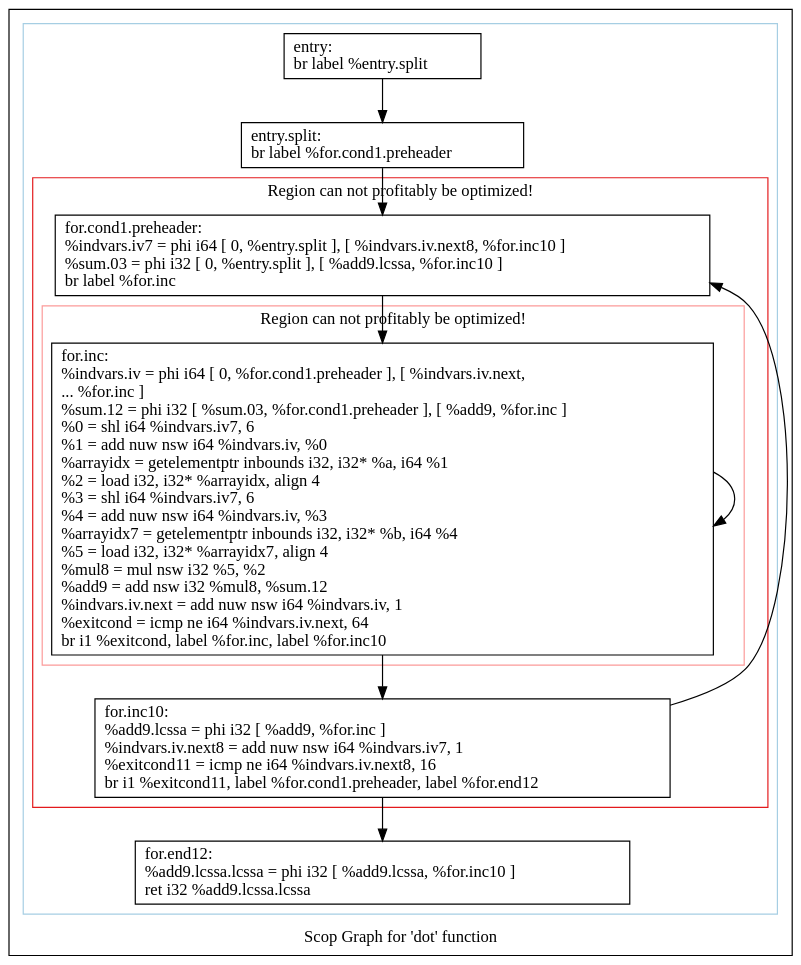
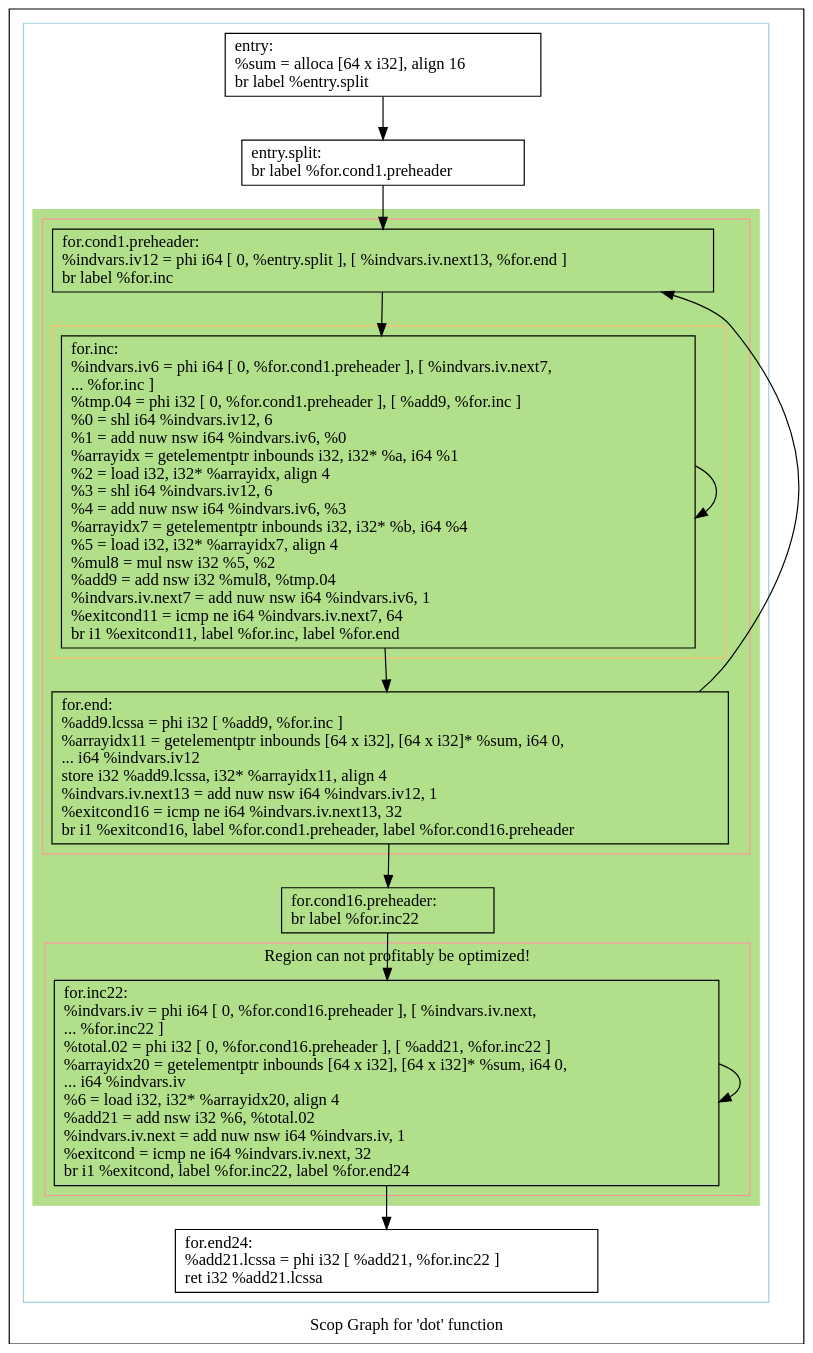
Before and after one commit to samminweng/WhileyOpenCL: the diagram in polly/MatrixMult/impl/handwritten3/dot/scops.dot.dot, drawn with Graphviz. The commit also changed 20 other files, not shown here.

```diff
--- a/polly/MatrixMult/impl/handwritten3/dot/scops.dot.dot
+++ b/polly/MatrixMult/impl/handwritten3/dot/scops.dot.dot
@@ -1,39 +1,55 @@
 digraph "Scop Graph for 'dot' function" {
 	label="Scop Graph for 'dot' function";
 
-	Node0x63d7820 [shape=record,label="{entry:\l  br label %entry.split\l}"];
-	Node0x63d7820 -> Node0x63b4340;
-	Node0x63b4340 [shape=record,label="{entry.split:                                      \l  br label %for.cond1.preheader\l}"];
-	Node0x63b4340 -> Node0x63dac90;
-	Node0x63dac90 [shape=record,label="{for.cond1.preheader:                              \l  %indvars.iv7 = phi i64 [ 0, %entry.split ], [ %indvars.iv.next8, %for.inc10 ]\l  %sum.03 = phi i32 [ 0, %entry.split ], [ %add9.lcssa, %for.inc10 ]\l  br label %for.inc\l}"];
-	Node0x63dac90 -> Node0x63d7840;
-	Node0x63d7840 [shape=record,label="{for.inc:                                          \l  %indvars.iv = phi i64 [ 0, %for.cond1.preheader ], [ %indvars.iv.next,\l... %for.inc ]\l  %sum.12 = phi i32 [ %sum.03, %for.cond1.preheader ], [ %add9, %for.inc ]\l  %0 = shl i64 %indvars.iv7, 6\l  %1 = add nuw nsw i64 %indvars.iv, %0\l  %arrayidx = getelementptr inbounds i32, i32* %a, i64 %1\l  %2 = load i32, i32* %arrayidx, align 4\l  %3 = shl i64 %indvars.iv7, 6\l  %4 = add nuw nsw i64 %indvars.iv, %3\l  %arrayidx7 = getelementptr inbounds i32, i32* %b, i64 %4\l  %5 = load i32, i32* %arrayidx7, align 4\l  %mul8 = mul nsw i32 %5, %2\l  %add9 = add nsw i32 %mul8, %sum.12\l  %indvars.iv.next = add nuw nsw i64 %indvars.iv, 1\l  %exitcond = icmp ne i64 %indvars.iv.next, 64\l  br i1 %exitcond, label %for.inc, label %for.inc10\l}"];
-	Node0x63d7840 -> Node0x63d7840[constraint=false];
-	Node0x63d7840 -> Node0x63d77d0;
-	Node0x63d77d0 [shape=record,label="{for.inc10:                                        \l  %add9.lcssa = phi i32 [ %add9, %for.inc ]\l  %indvars.iv.next8 = add nuw nsw i64 %indvars.iv7, 1\l  %exitcond11 = icmp ne i64 %indvars.iv.next8, 16\l  br i1 %exitcond11, label %for.cond1.preheader, label %for.end12\l}"];
-	Node0x63d77d0 -> Node0x63dac90[constraint=false];
-	Node0x63d77d0 -> Node0x63b4320;
-	Node0x63b4320 [shape=record,label="{for.end12:                                        \l  %add9.lcssa.lcssa = phi i32 [ %add9.lcssa, %for.inc10 ]\l  ret i32 %add9.lcssa.lcssa\l}"];
+	Node0x520f570 [shape=record,label="{entry:\l  %sum = alloca [64 x i32], align 16\l  br label %entry.split\l}"];
+	Node0x520f570 -> Node0x521f2a0;
+	Node0x521f2a0 [shape=record,label="{entry.split:                                      \l  br label %for.cond1.preheader\l}"];
+	Node0x521f2a0 -> Node0x520d7e0;
+	Node0x520d7e0 [shape=record,label="{for.cond1.preheader:                              \l  %indvars.iv12 = phi i64 [ 0, %entry.split ], [ %indvars.iv.next13, %for.end ]\l  br label %for.inc\l}"];
+	Node0x520d7e0 -> Node0x521cf10;
+	Node0x521cf10 [shape=record,label="{for.inc:                                          \l  %indvars.iv6 = phi i64 [ 0, %for.cond1.preheader ], [ %indvars.iv.next7,\l... %for.inc ]\l  %tmp.04 = phi i32 [ 0, %for.cond1.preheader ], [ %add9, %for.inc ]\l  %0 = shl i64 %indvars.iv12, 6\l  %1 = add nuw nsw i64 %indvars.iv6, %0\l  %arrayidx = getelementptr inbounds i32, i32* %a, i64 %1\l  %2 = load i32, i32* %arrayidx, align 4\l  %3 = shl i64 %indvars.iv12, 6\l  %4 = add nuw nsw i64 %indvars.iv6, %3\l  %arrayidx7 = getelementptr inbounds i32, i32* %b, i64 %4\l  %5 = load i32, i32* %arrayidx7, align 4\l  %mul8 = mul nsw i32 %5, %2\l  %add9 = add nsw i32 %mul8, %tmp.04\l  %indvars.iv.next7 = add nuw nsw i64 %indvars.iv6, 1\l  %exitcond11 = icmp ne i64 %indvars.iv.next7, 64\l  br i1 %exitcond11, label %for.inc, label %for.end\l}"];
+	Node0x521cf10 -> Node0x521cf10[constraint=false];
+	Node0x521cf10 -> Node0x521abc0;
+	Node0x521abc0 [shape=record,label="{for.end:                                          \l  %add9.lcssa = phi i32 [ %add9, %for.inc ]\l  %arrayidx11 = getelementptr inbounds [64 x i32], [64 x i32]* %sum, i64 0,\l... i64 %indvars.iv12\l  store i32 %add9.lcssa, i32* %arrayidx11, align 4\l  %indvars.iv.next13 = add nuw nsw i64 %indvars.iv12, 1\l  %exitcond16 = icmp ne i64 %indvars.iv.next13, 32\l  br i1 %exitcond16, label %for.cond1.preheader, label %for.cond16.preheader\l}"];
+	Node0x521abc0 -> Node0x520d7e0[constraint=false];
+	Node0x521abc0 -> Node0x521b550;
+	Node0x521b550 [shape=record,label="{for.cond16.preheader:                             \l  br label %for.inc22\l}"];
+	Node0x521b550 -> Node0x521b4f0;
+	Node0x521b4f0 [shape=record,label="{for.inc22:                                        \l  %indvars.iv = phi i64 [ 0, %for.cond16.preheader ], [ %indvars.iv.next,\l... %for.inc22 ]\l  %total.02 = phi i32 [ 0, %for.cond16.preheader ], [ %add21, %for.inc22 ]\l  %arrayidx20 = getelementptr inbounds [64 x i32], [64 x i32]* %sum, i64 0,\l... i64 %indvars.iv\l  %6 = load i32, i32* %arrayidx20, align 4\l  %add21 = add nsw i32 %6, %total.02\l  %indvars.iv.next = add nuw nsw i64 %indvars.iv, 1\l  %exitcond = icmp ne i64 %indvars.iv.next, 32\l  br i1 %exitcond, label %for.inc22, label %for.end24\l}"];
+	Node0x521b4f0 -> Node0x521b4f0[constraint=false];
+	Node0x521b4f0 -> Node0x521d0e0;
+	Node0x521d0e0 [shape=record,label="{for.end24:                                        \l  %add21.lcssa = phi i32 [ %add21, %for.inc22 ]\l  ret i32 %add21.lcssa\l}"];
 	colorscheme = "paired12"
-        subgraph cluster_0x63b3ec0 {
+        subgraph cluster_0x520d8a0 {
           label = "";
           style = solid;
           color = 1
-          subgraph cluster_0x63b3f40 {
-            label = "Region can not profitably be optimized!";
-            style = solid;
-            color = 6
-            subgraph cluster_0x63b4100 {
+          subgraph cluster_0x52219e0 {
+            label = "";
+            style = filled;
+            color = 3            subgraph cluster_0x521f360 {
+              label = "";
+              style = solid;
+              color = 5
+              subgraph cluster_0x520d920 {
+                label = "";
+                style = solid;
+                color = 7
+                Node0x521cf10;
+              }
+              Node0x520d7e0;
+              Node0x521abc0;
+            }
+            subgraph cluster_0x521cb40 {
               label = "Region can not profitably be optimized!";
               style = solid;
               color = 5
-              Node0x63d7840;
+              Node0x521b4f0;
             }
-            Node0x63dac90;
-            Node0x63d77d0;
+            Node0x521b550;
           }
-          Node0x63d7820;
-          Node0x63b4340;
-          Node0x63b4320;
+          Node0x520f570;
+          Node0x521f2a0;
+          Node0x521d0e0;
         }
 }
```
